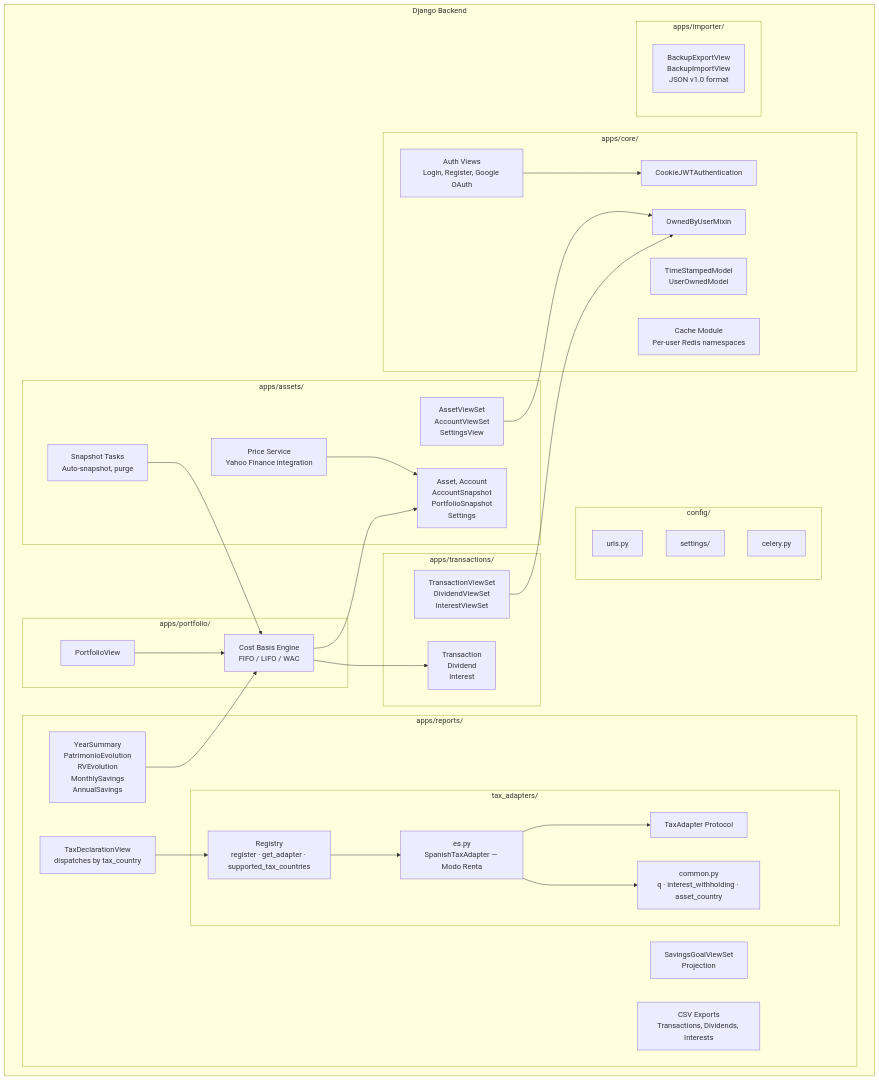
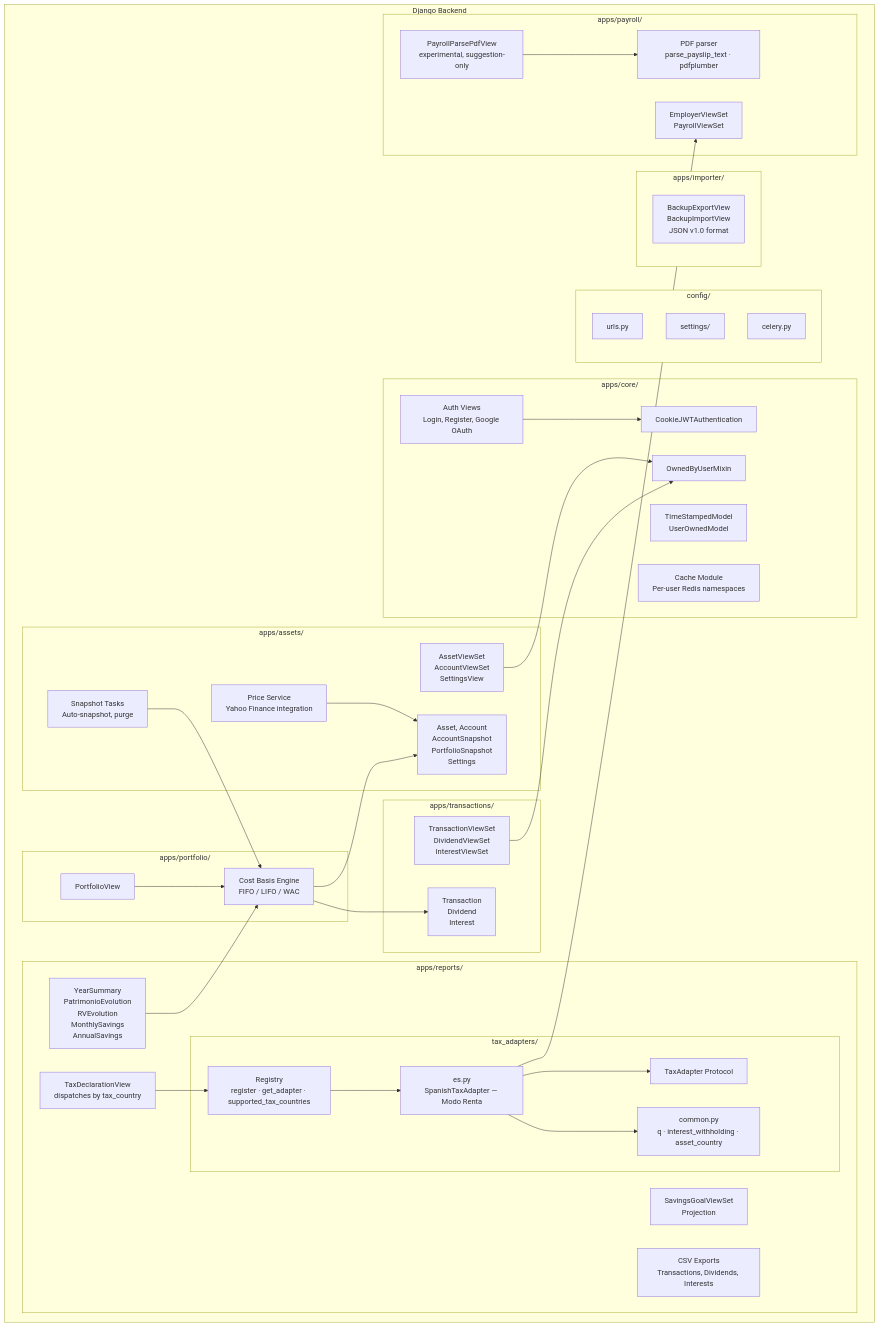
The third of 9 diagrams in docs/architecture.md (Gonzalez8/fintrack), drawn with Mermaid before and after one commit. The commit also changed other lines of this file and 43 other files, not shown here.

First line of the commit message:
feat(payroll): digitised payslips, PDF parser and Modo Renta employment block (#63)

````diff
--- a/docs/architecture.md
+++ b/docs/architecture.md
@@ -98,66 +98,74 @@
 ```mermaid
 graph TB
     subgraph "Django Backend"
         subgraph "config/"
             urls[urls.py]
             settings[settings/]
             celery_app[celery.py]
         end
 
         subgraph "apps/core/"
             auth_views[Auth Views<br/>Login, Register, Google OAuth]
             cookie_auth[CookieJWTAuthentication]
             mixins[OwnedByUserMixin]
             base_models[TimeStampedModel<br/>UserOwnedModel]
             cache_mod[Cache Module<br/>Per-user Redis namespaces]
         end
 
         subgraph "apps/assets/"
             asset_models[Asset, Account<br/>AccountSnapshot<br/>PortfolioSnapshot<br/>Settings]
             asset_views[AssetViewSet<br/>AccountViewSet<br/>SettingsView]
             price_service[Price Service<br/>Yahoo Finance integration]
             snapshot_tasks[Snapshot Tasks<br/>Auto-snapshot, purge]
         end
 
         subgraph "apps/transactions/"
             tx_models[Transaction<br/>Dividend<br/>Interest]
             tx_views[TransactionViewSet<br/>DividendViewSet<br/>InterestViewSet]
         end
 
         subgraph "apps/portfolio/"
             portfolio_engine[Cost Basis Engine<br/>FIFO / LIFO / WAC]
             portfolio_view[PortfolioView]
         end
 
         subgraph "apps/reports/"
             report_views[YearSummary<br/>PatrimonioEvolution<br/>RVEvolution<br/>MonthlySavings<br/>AnnualSavings]
             goals[SavingsGoalViewSet<br/>Projection]
             csv_exports[CSV Exports<br/>Transactions, Dividends, Interests]
             tax_view[TaxDeclarationView<br/>dispatches by tax_country]
             subgraph "tax_adapters/"
                 tax_registry[Registry<br/>register · get_adapter · supported_tax_countries]
                 tax_base[TaxAdapter Protocol]
                 tax_common[common.py<br/>q · interest_withholding · asset_country]
                 tax_es[es.py<br/>SpanishTaxAdapter — Modo Renta]
             end
         end
 
         subgraph "apps/importer/"
             backup[BackupExportView<br/>BackupImportView<br/>JSON v1.0 format]
         end
+
+        subgraph "apps/payroll/"
+            payroll_views[EmployerViewSet<br/>PayrollViewSet]
+            payroll_parser[PDF parser<br/>parse_payslip_text · pdfplumber]
+            payroll_pdf_view[PayrollParsePdfView<br/>experimental, suggestion-only]
+        end
     end
 
     auth_views --> cookie_auth
     asset_views --> mixins
     tx_views --> mixins
     portfolio_view --> portfolio_engine
     portfolio_engine --> tx_models
     portfolio_engine --> asset_models
     report_views --> portfolio_engine
     tax_view --> tax_registry
     tax_registry --> tax_es
     tax_es --> tax_common
     tax_es --> tax_base
+    tax_es --> payroll_views
+    payroll_pdf_view --> payroll_parser
     snapshot_tasks --> portfolio_engine
     price_service --> asset_models
 ```
````
